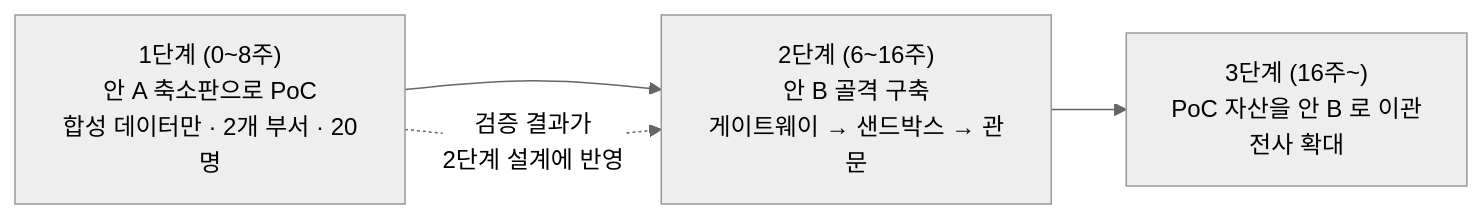
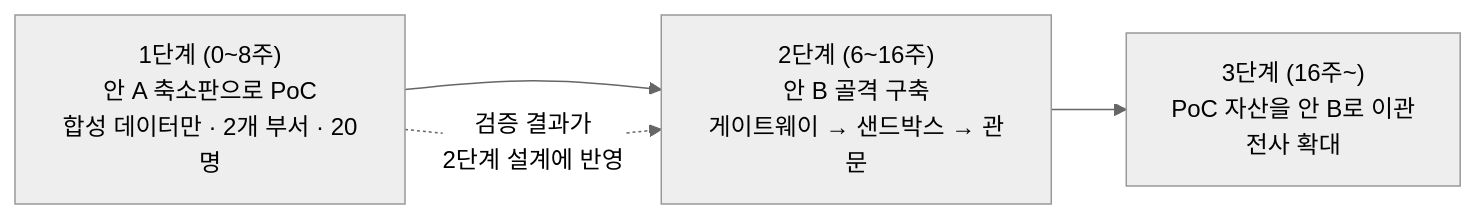
One commit to cyrano2011/pma-web changed the seventh of 8 diagrams in agent-platform/README.md. Above: the diagram before and after it, drawn with Mermaid (neutral theme). The commit also changed other lines of this file and 9 other files, not shown here.

````diff
--- a/agent-platform/README.md
+++ b/agent-platform/README.md
@@ -450,8 +450,8 @@
 ```mermaid
 flowchart LR
     P1["1단계 (0~8주)<br/>안 A 축소판으로 PoC<br/>합성 데이터만 · 2개 부서 · 20명"] 
     P2["2단계 (6~16주)<br/>안 B 골격 구축<br/>게이트웨이 → 샌드박스 → 관문"]
-    P3["3단계 (16주~)<br/>PoC 자산을 안 B 로 이관<br/>전사 확대"]
+    P3["3단계 (16주~)<br/>PoC 자산을 안 B로 이관<br/>전사 확대"]
     P1 --> P2 --> P3
     P1 -.->|"검증 결과가<br/>2단계 설계에 반영"| P2
 ```
````
